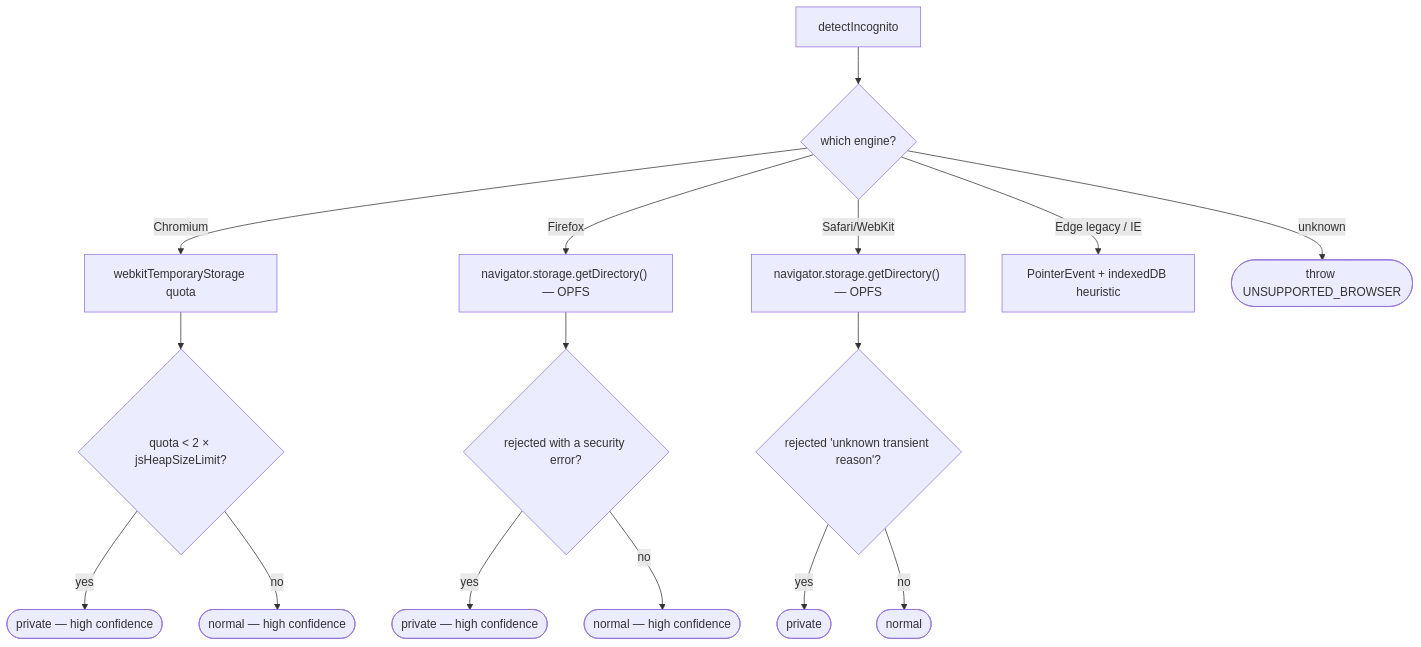
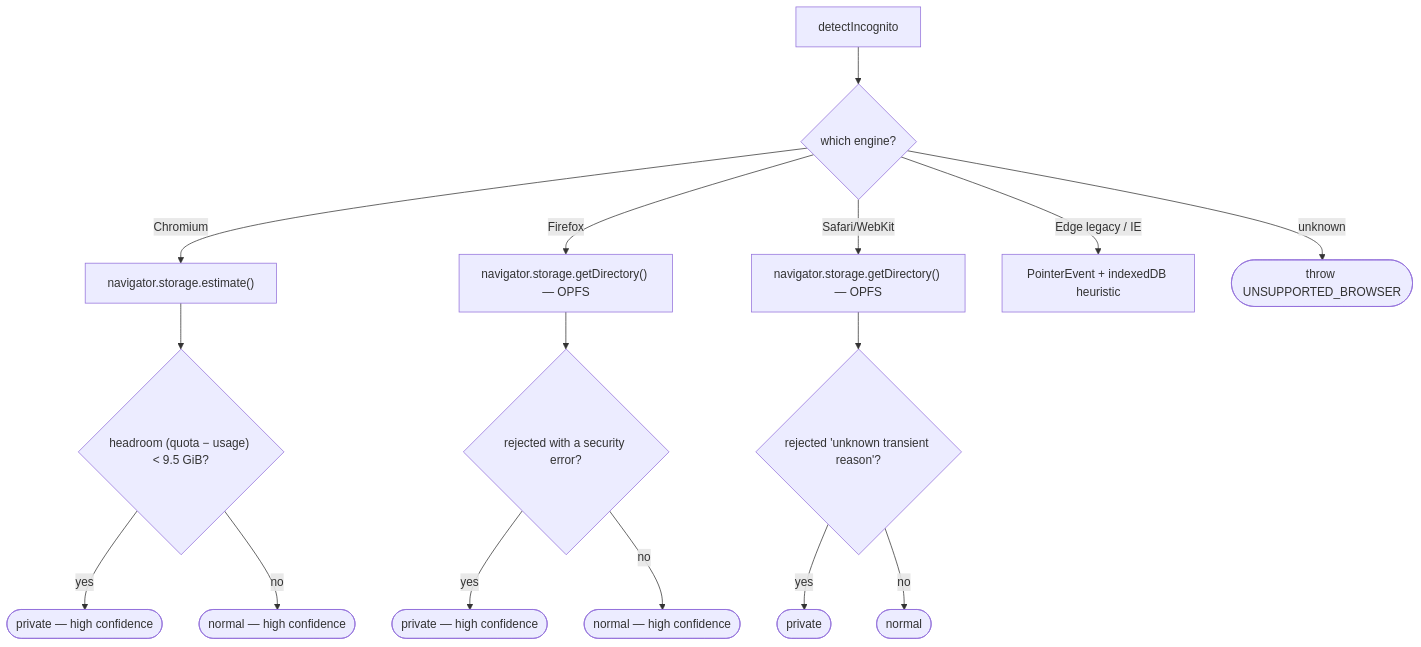
The diagram in README.md (yankouskia/is-incognito-mode), drawn with Mermaid before and after one commit. The commit also changed other lines of this file and 10 other files, not shown here.

First line of the commit message:
fix(detect): detect Chrome 147+ incognito via storage-quota headroom

````diff
--- a/README.md
+++ b/README.md
@@ -113,18 +113,18 @@
 ```mermaid
 flowchart TD
     A[detectIncognito] --> D{which engine?}
-    D -- Chromium --> C1[webkitTemporaryStorage quota]
-    C1 --> C2{quota &lt; 2 × jsHeapSizeLimit?}
+    D -- Chromium --> C1["navigator.storage.estimate()"]
+    C1 --> C2{"headroom (quota − usage) &lt; 9.5 GiB?"}
     C2 -- yes --> R1([private — high confidence])
     C2 -- no --> R2([normal — high confidence])
     D -- Firefox --> F1["navigator.storage.getDirectory() — OPFS"]
     F1 --> F2{rejected with a security error?}
     F2 -- yes --> R3([private — high confidence])
     F2 -- no --> R4([normal — high confidence])
     D -- Safari/WebKit --> S1["navigator.storage.getDirectory() — OPFS"]
     S1 --> S2{rejected 'unknown transient reason'?}
     S2 -- yes --> R5([private])
     S2 -- no --> R6([normal])
     D -- Edge legacy / IE --> G[PointerEvent + indexedDB heuristic]
     D -- unknown --> X([throw UNSUPPORTED_BROWSER])
 ```
````
